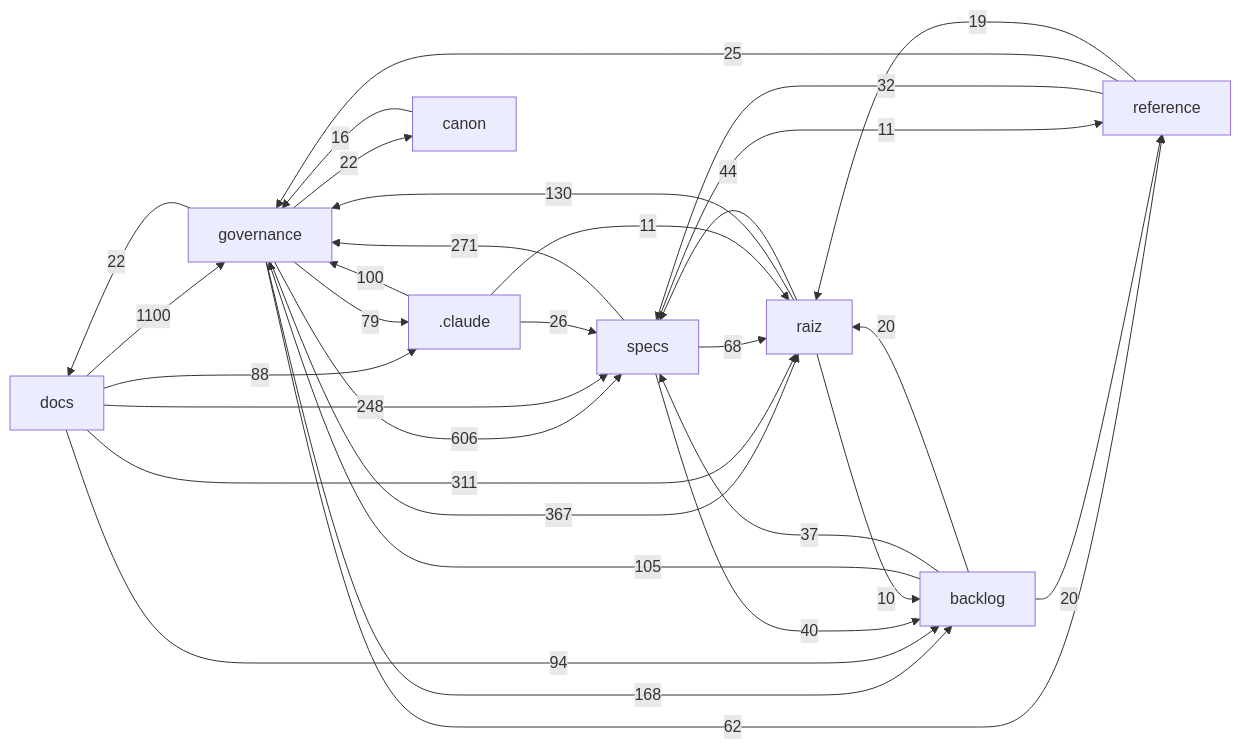
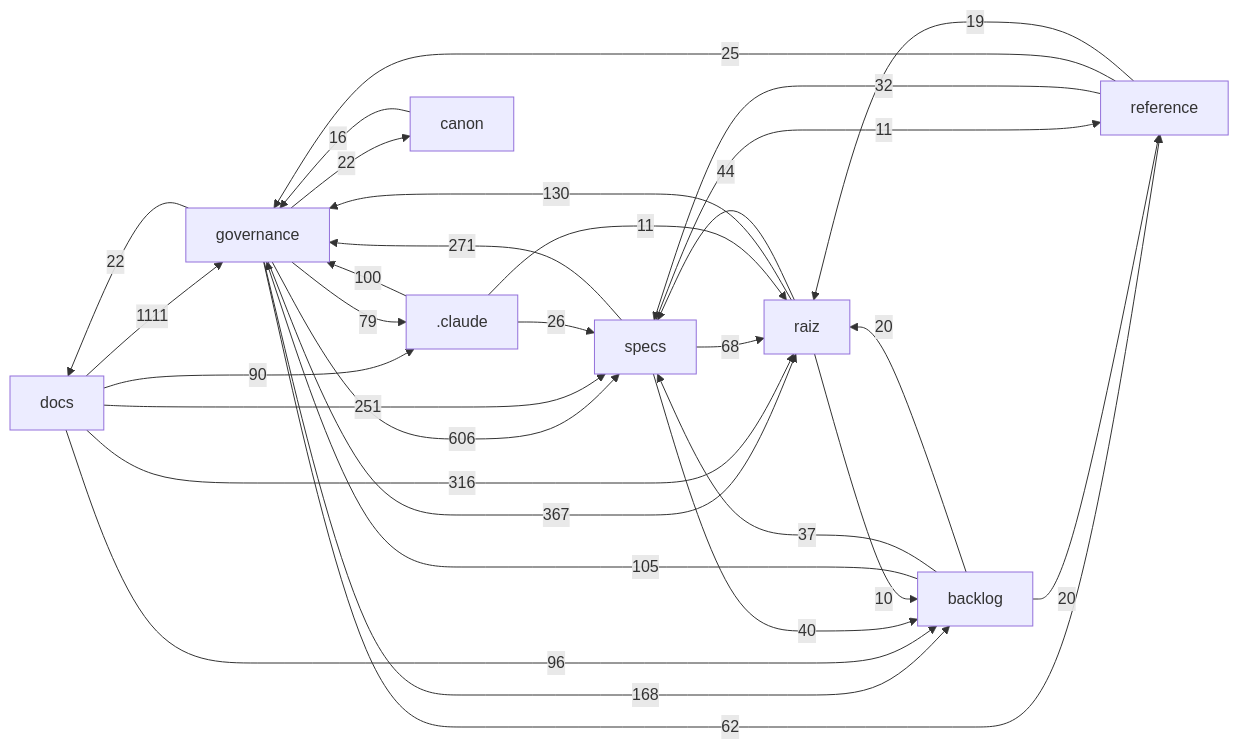
The diagram in docs/mapa/MAPA-PROJETO.md (Andraus35/Sistema-Operacional-de-Trading--SOT), drawn with Mermaid before and after one commit. The commit also changed other lines of this file and 5 other files, not shown here.

````diff
--- a/docs/mapa/MAPA-PROJETO.md
+++ b/docs/mapa/MAPA-PROJETO.md
@@ -29,33 +29,33 @@
 ```mermaid
 flowchart LR
-  docs["docs"] -->|1100| governance["governance"]
+  docs["docs"] -->|1111| governance["governance"]
   governance["governance"] -->|606| specs["specs"]
   governance["governance"] -->|367| raiz["raiz"]
-  docs["docs"] -->|311| raiz["raiz"]
+  docs["docs"] -->|316| raiz["raiz"]
   specs["specs"] -->|271| governance["governance"]
-  docs["docs"] -->|248| specs["specs"]
+  docs["docs"] -->|251| specs["specs"]
   governance["governance"] -->|168| backlog["backlog"]
   raiz["raiz"] -->|130| governance["governance"]
   backlog["backlog"] -->|105| governance["governance"]
   _claude[".claude"] -->|100| governance["governance"]
-  docs["docs"] -->|94| backlog["backlog"]
-  docs["docs"] -->|88| _claude[".claude"]
+  docs["docs"] -->|96| backlog["backlog"]
+  docs["docs"] -->|90| _claude[".claude"]
   governance["governance"] -->|79| _claude[".claude"]
   specs["specs"] -->|68| raiz["raiz"]
   governance["governance"] -->|62| reference["reference"]
   raiz["raiz"] -->|44| specs["specs"]
   specs["specs"] -->|40| backlog["backlog"]
   backlog["backlog"] -->|37| specs["specs"]
   reference["reference"] -->|32| specs["specs"]
   _claude[".claude"] -->|26| specs["specs"]
   reference["reference"] -->|25| governance["governance"]
   governance["governance"] -->|22| docs["docs"]
   governance["governance"] -->|22| canon["canon"]
   backlog["backlog"] -->|20| raiz["raiz"]
   backlog["backlog"] -->|20| reference["reference"]
   reference["reference"] -->|19| raiz["raiz"]
   canon["canon"] -->|16| governance["governance"]
   _claude[".claude"] -->|11| raiz["raiz"]
   specs["specs"] -->|11| reference["reference"]
   raiz["raiz"] -->|10| backlog["backlog"]
 ```
````
